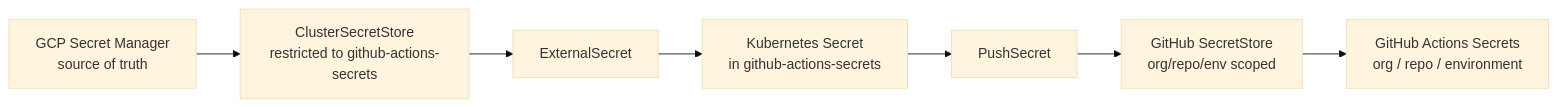
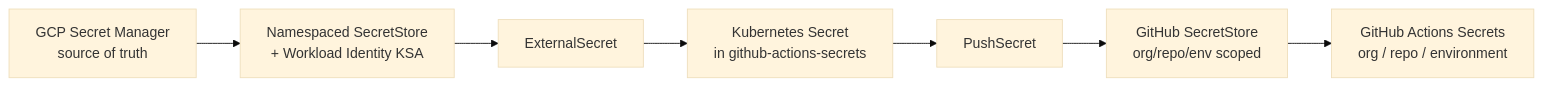
One commit to PingCAP-QE/ee-ops changed the diagram in docs/github-actions-secrets/README.md. Above: the diagram before and after it, drawn with Mermaid (base theme). The commit also changed other lines of this file and 2 other files, not shown here.

Commit message:
docs(github-actions-secrets): use namespaced gcp source store

````diff
--- a/docs/github-actions-secrets/README.md
+++ b/docs/github-actions-secrets/README.md
@@ -61,17 +61,17 @@
 ```mermaid
 flowchart LR
     A[GCP Secret Manager\nsource of truth]
-    B[ClusterSecretStore\nrestricted to github-actions-secrets]
+    B[Namespaced SecretStore\n+ Workload Identity KSA]
     C[ExternalSecret]
     D[Kubernetes Secret\nin github-actions-secrets]
     E[PushSecret]
     F[GitHub SecretStore\norg/repo/env scoped]
     G[GitHub Actions Secrets\norg / repo / environment]
 
     A --> B
     B --> C
     C --> D
     D --> E
     E --> F
     F --> G
 ```
````
